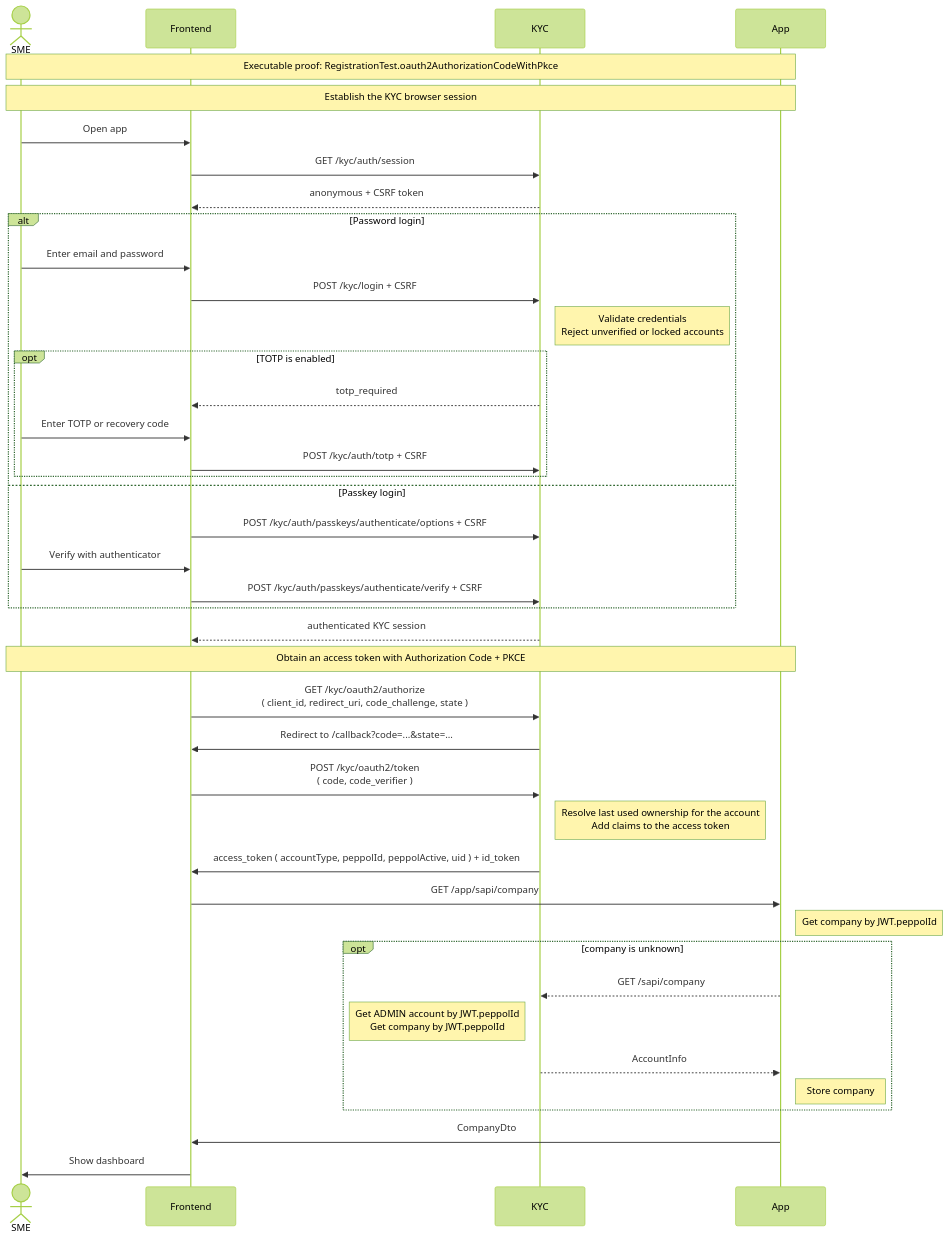
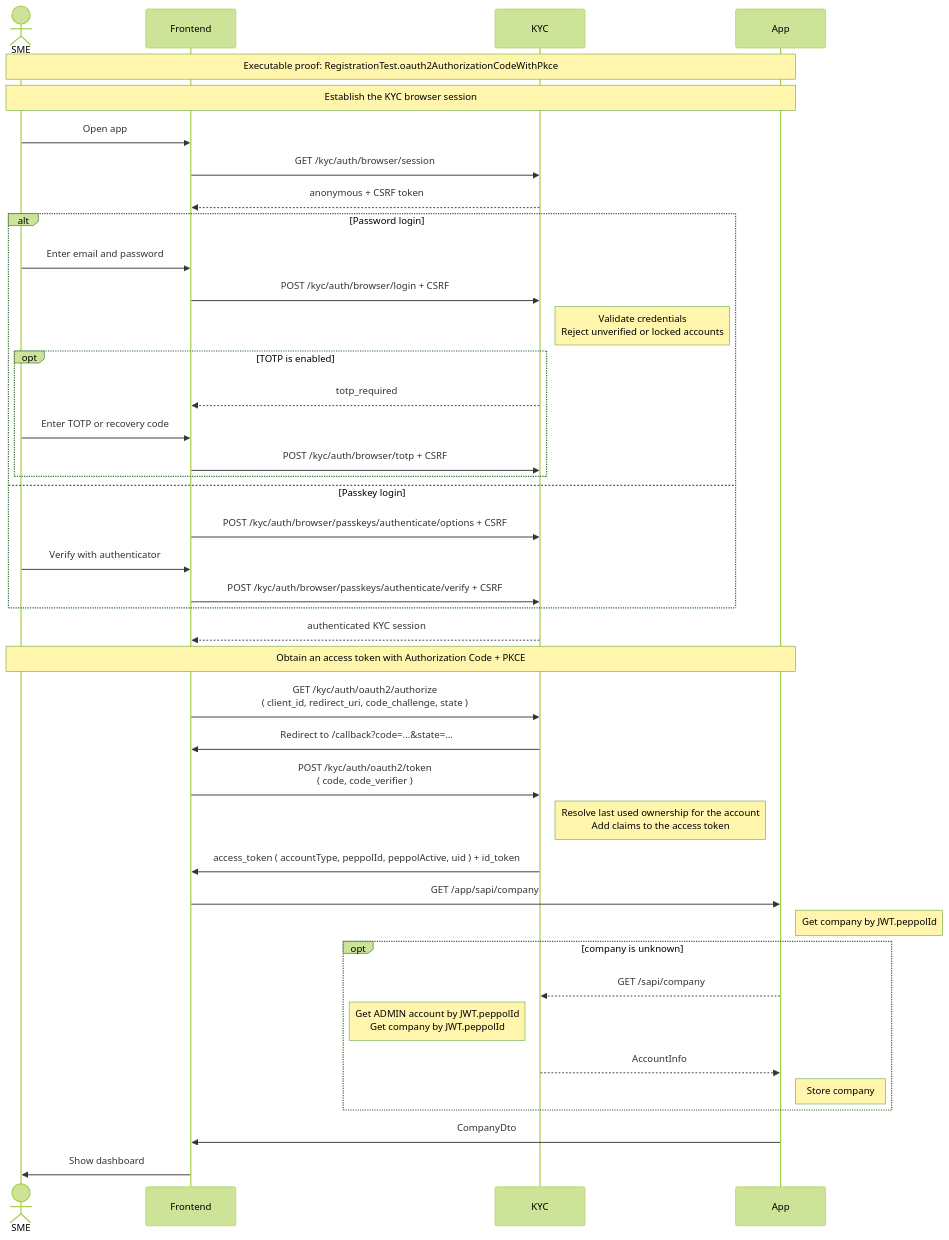
One commit to letspeppol/letspeppol changed the diagram in readme/login.md. Above: the diagram before and after it, drawn with Mermaid (forest theme). The commit also changed 32 other files, not shown here.

````diff
--- a/readme/login.md
+++ b/readme/login.md
@@ -15,46 +15,46 @@
 ```mermaid
 sequenceDiagram
     actor SME as SME
     participant Frontend as Frontend
     participant KYC as KYC
     participant App as App
 
     Note over SME, App: Executable proof: RegistrationTest.oauth2AuthorizationCodeWithPkce
 
 Note over SME, App: Establish the KYC browser session
     SME ->> Frontend: Open app
-    Frontend ->> KYC: GET /kyc/auth/session
+    Frontend ->> KYC: GET /kyc/auth/browser/session
     KYC -->> Frontend: anonymous + CSRF token
     alt Password login
         SME ->> Frontend: Enter email and password
-        Frontend ->> KYC: POST /kyc/login + CSRF
+        Frontend ->> KYC: POST /kyc/auth/browser/login + CSRF
         Note right of KYC: Validate credentials <br> Reject unverified or locked accounts
         opt TOTP is enabled
             KYC -->> Frontend: totp_required
             SME ->> Frontend: Enter TOTP or recovery code
-            Frontend ->> KYC: POST /kyc/auth/totp + CSRF
+            Frontend ->> KYC: POST /kyc/auth/browser/totp + CSRF
         end
     else Passkey login
-        Frontend ->> KYC: POST /kyc/auth/passkeys/authenticate/options + CSRF
+        Frontend ->> KYC: POST /kyc/auth/browser/passkeys/authenticate/options + CSRF
         SME ->> Frontend: Verify with authenticator
-        Frontend ->> KYC: POST /kyc/auth/passkeys/authenticate/verify + CSRF
+        Frontend ->> KYC: POST /kyc/auth/browser/passkeys/authenticate/verify + CSRF
     end
     KYC -->> Frontend: authenticated KYC session
 
 Note over SME, App: Obtain an access token with Authorization Code + PKCE
-    Frontend ->> KYC: GET /kyc/oauth2/authorize <br> ( client_id, redirect_uri, code_challenge, state )
+    Frontend ->> KYC: GET /kyc/auth/oauth2/authorize <br> ( client_id, redirect_uri, code_challenge, state )
     KYC ->> Frontend: Redirect to /callback?code=...&state=...
-    Frontend ->> KYC: POST /kyc/oauth2/token <br> ( code, code_verifier )
+    Frontend ->> KYC: POST /kyc/auth/oauth2/token <br> ( code, code_verifier )
     Note right of KYC: Resolve last used ownership for the account <br> Add claims to the access token
     KYC ->> Frontend: access_token ( accountType, peppolId, peppolActive, uid ) + id_token
     Frontend ->> App: GET /app/sapi/company
     Note right of App: Get company by JWT.peppolId
     opt company is unknown
         App -->> KYC: GET /sapi/company
         Note left of KYC: Get ADMIN account by JWT.peppolId <br> Get company by JWT.peppolId
         KYC -->> App: AccountInfo
         Note right of App: Store company
     end
     App ->> Frontend: CompanyDto
     Frontend ->> SME: Show dashboard
 ```
````
